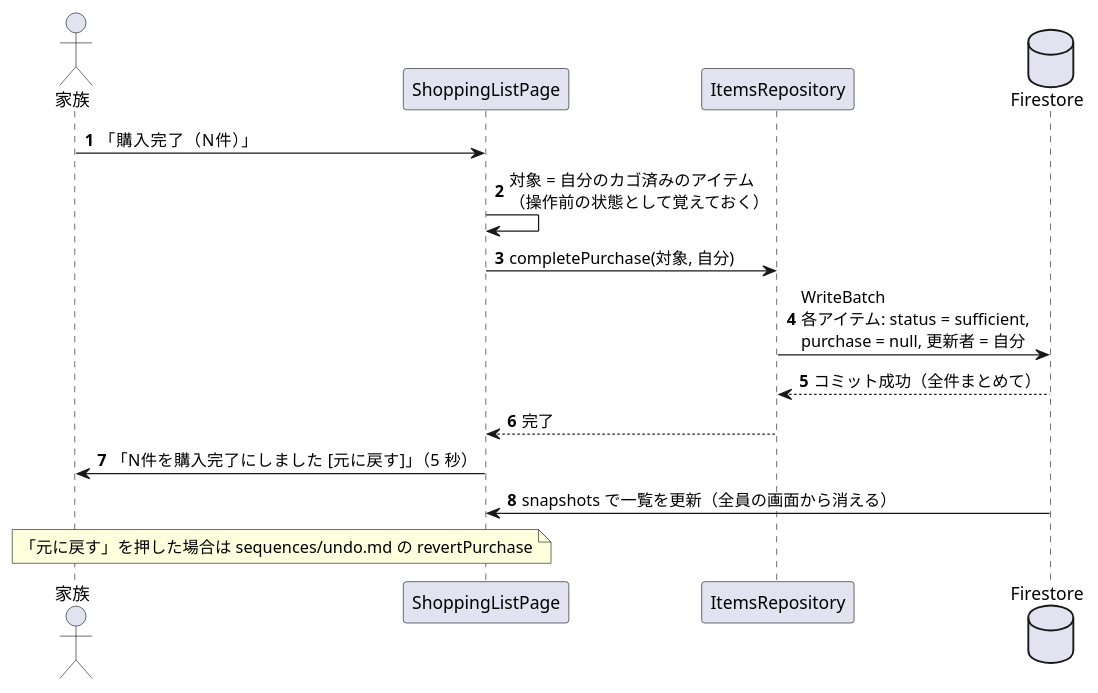
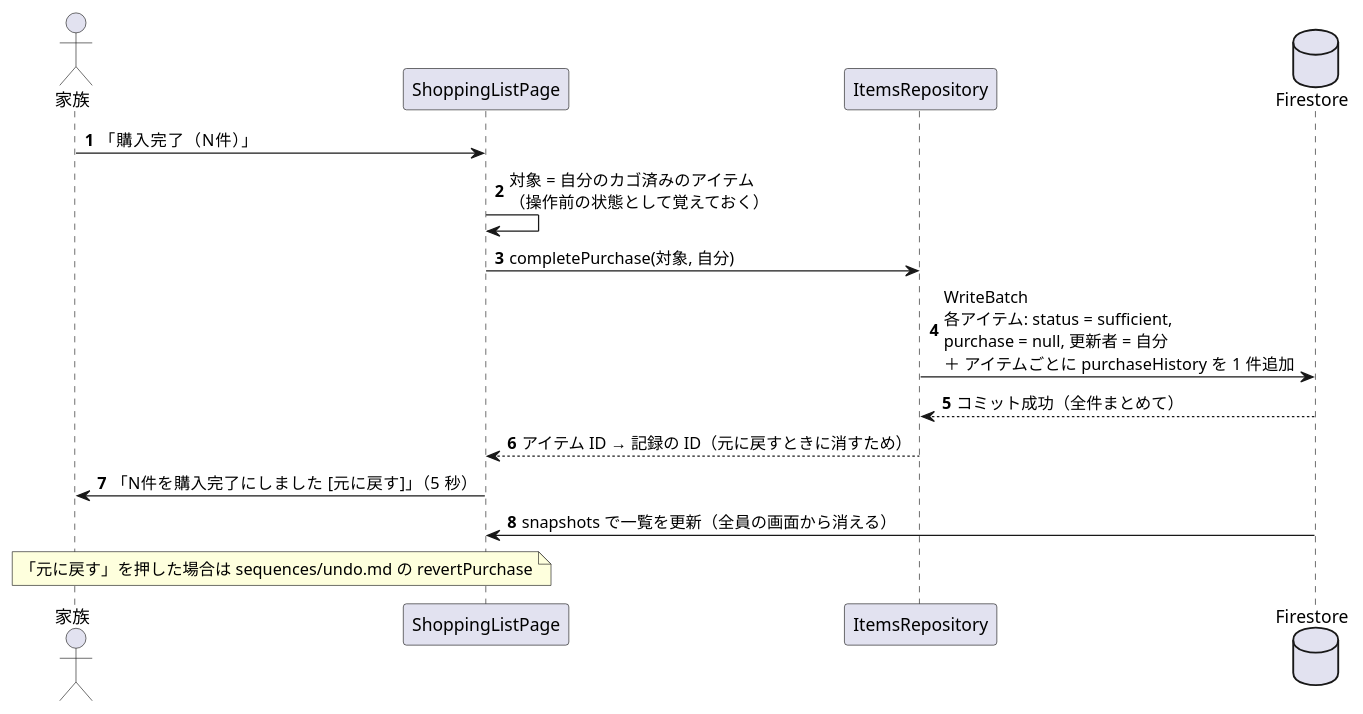
One commit to LASC-SINCE2015/LivingManager changed the diagram in design/sequences/diagrams/complete_purchase.puml. Above: the diagram before and after it, drawn with PlantUML. The commit also changed 53 other files, not shown here.

```diff
--- a/design/sequences/diagrams/complete_purchase.puml
+++ b/design/sequences/diagrams/complete_purchase.puml
@@ -1,21 +1,21 @@
 @startuml complete_purchase
 !pragma layout smetana
-' 購入完了（自分のカゴ済みをまとめて「十分」に戻す）の流れ
+' 購入完了（自分のカゴ済みをまとめて「十分」に戻し、購入履歴に記録する）の流れ
 skinparam defaultFontName "Meiryo"
 autonumber
 
 actor "家族" as user
 participant "ShoppingListPage" as page
 participant "ItemsRepository" as repo
 database "Firestore" as fs
 
 user -> page : 「購入完了（N件）」
 page -> page : 対象 = 自分のカゴ済みのアイテム\n（操作前の状態として覚えておく）
 page -> repo : completePurchase(対象, 自分)
-repo -> fs : WriteBatch\n各アイテム: status = sufficient,\npurchase = null, 更新者 = 自分
+repo -> fs : WriteBatch\n各アイテム: status = sufficient,\npurchase = null, 更新者 = 自分\n＋ アイテムごとに purchaseHistory を 1 件追加
 fs --> repo : コミット成功（全件まとめて）
-repo --> page : 完了
+repo --> page : アイテム ID → 記録の ID（元に戻すときに消すため）
 page -> user : 「N件を購入完了にしました [元に戻す]」（5 秒）
 fs -> page : snapshots で一覧を更新（全員の画面から消える）
 note over user, page : 「元に戻す」を押した場合は sequences/undo.md の revertPurchase
 @enduml
```
